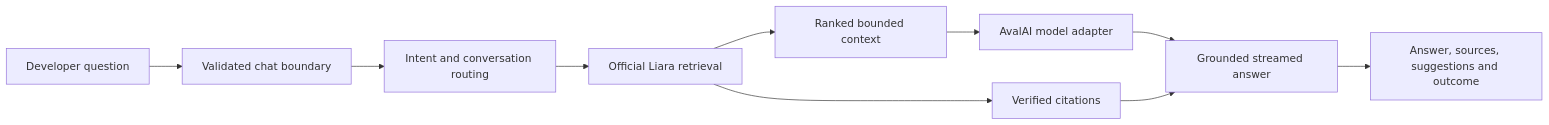
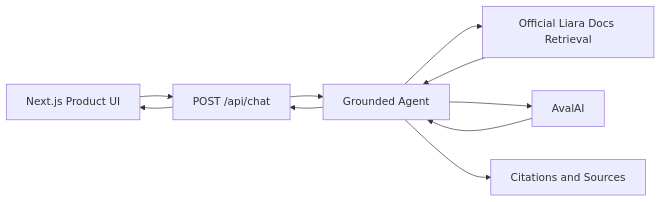
The diagram in README.md (Fatima-Setayesh/liara-agentic-copilot), drawn with Mermaid before and after one commit. The commit also changed other lines of this file, not shown here.

````diff
--- a/README.md
+++ b/README.md
@@ -94,12 +98,19 @@
 ```mermaid
 flowchart LR
-    U[Developer question] --> V[Validated chat boundary]
-    V --> I[Intent and conversation routing]
-    I --> R[Official Liara retrieval]
-    R --> K[Ranked bounded context]
-    K --> A[AvalAI model adapter]
-    A --> G[Grounded streamed answer]
-    R --> C[Verified citations]
-    C --> G
-    G --> UI[Answer, sources, suggestions and outcome]
+    UI[Next.js Product UI]
+    API[POST /api/chat]
+    Agent[Grounded Agent]
+    Retrieval[Official Liara Docs Retrieval]
+    Provider[AvalAI]
+    Sources[Citations and Sources]
+
+    UI --> API
+    API --> Agent
+    Agent --> Retrieval
+    Retrieval --> Agent
+    Agent --> Provider
+    Provider --> Agent
+    Agent --> Sources
+    Agent --> API
+    API --> UI
 ```
````
